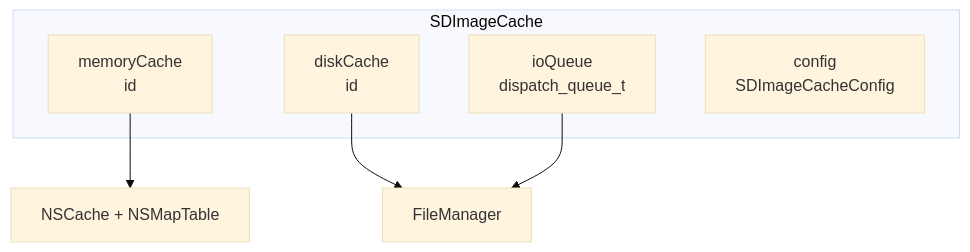
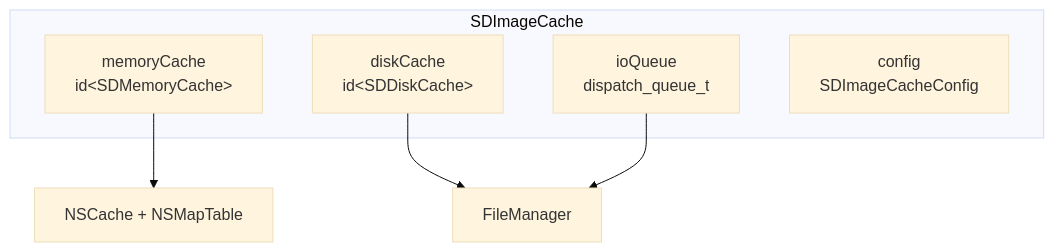
The fourth of 5 diagrams in content/posts/interview/ios-source-analysis/SDWebImage源码导读/index.md (AmatsuZero/LastStand), drawn with Mermaid (base theme) before and after one commit. The commit also changed 6 other files, not shown here.

First line of the commit message:
fix(mermaid): escape angle brackets in node labels for Mermaid 11+ compatibility

````diff
--- a/content/posts/interview/ios-source-analysis/SDWebImage源码导读/index.md
+++ b/content/posts/interview/ios-source-analysis/SDWebImage源码导读/index.md
@@ -322,12 +322,12 @@
 ```mermaid
 graph TB
     subgraph "SDImageCache"
-        A["memoryCache<br/>id<SDMemoryCache>"]
-        B["diskCache<br/>id<SDDiskCache>"]
+        A["memoryCache<br/>id&lt;SDMemoryCache&gt;"]
+        B["diskCache<br/>id&lt;SDDiskCache&gt;"]
         C["ioQueue<br/>dispatch_queue_t"]
         D["config<br/>SDImageCacheConfig"]
     end
     A --> E["NSCache + NSMapTable"]
     B --> F["FileManager"]
     C --> F
 ```
````
